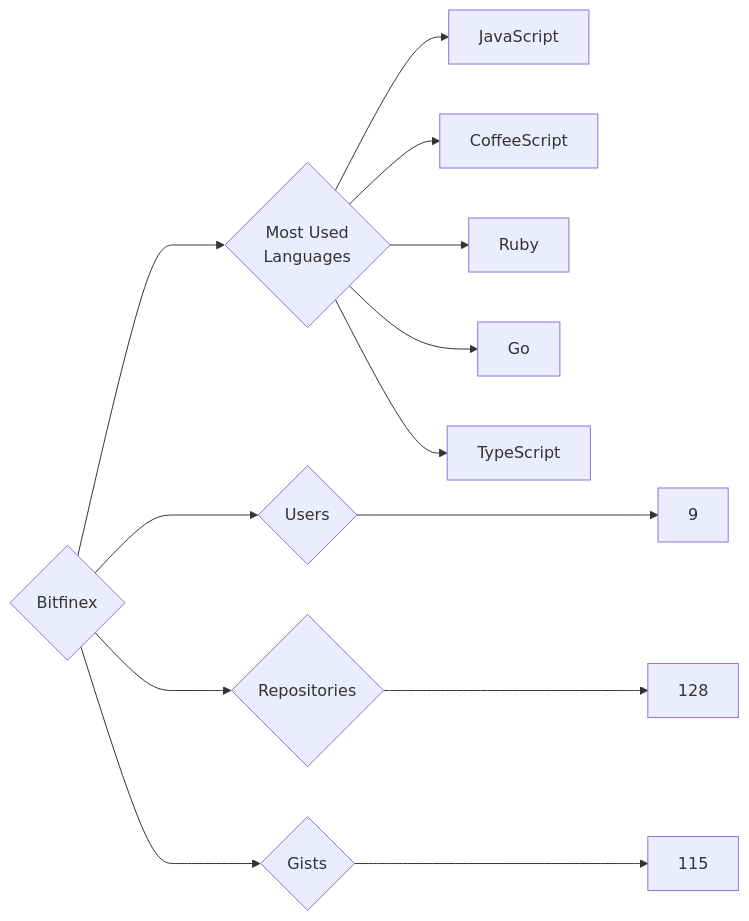
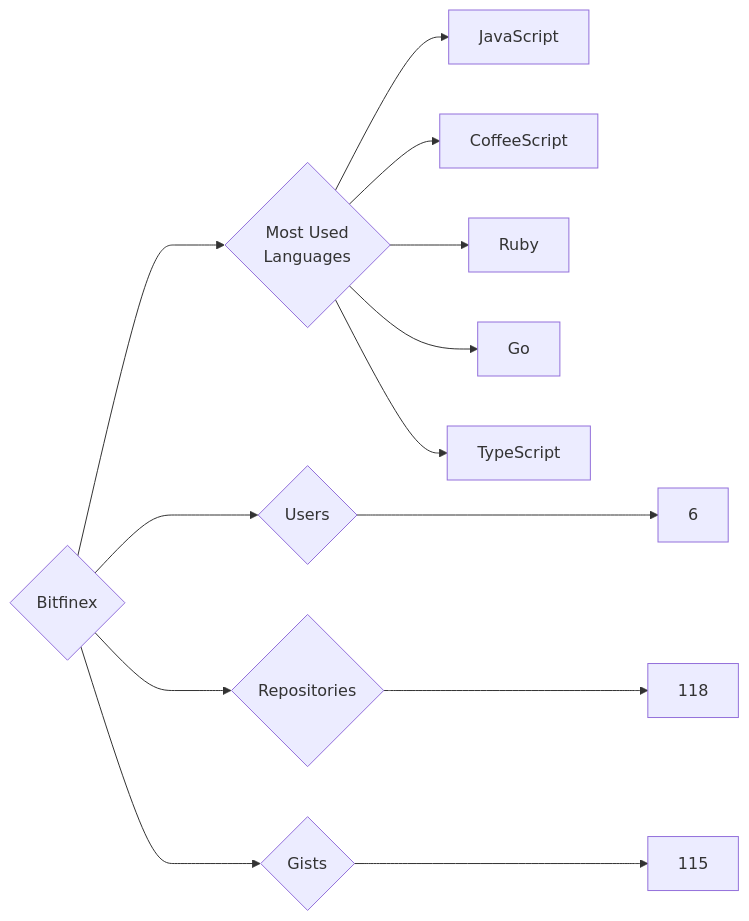
Before and after one commit to trickest/insiders: the diagram in targets/Bitfinex/README.md, drawn with Mermaid. The commit also changed 783 other files, not shown here.

````diff
--- a/targets/Bitfinex/README.md
+++ b/targets/Bitfinex/README.md
@@ -3,13 +3,13 @@
 ```mermaid
 graph LR
 COMPANY_NAME{Bitfinex}
-COMPANY_NAME ---> U{Users} ---> UN[9]
-COMPANY_NAME ---> R{Repositories} ---> RN[128]
+COMPANY_NAME ---> U{Users} ---> UN[6]
+COMPANY_NAME ---> R{Repositories} ---> RN[118]
 COMPANY_NAME ---> G{Gists} ---> GN[115]
 COMPANY_NAME ---> ML{Most Used<br>Languages}
 ML --> JavaScript[JavaScript]
 ML --> CoffeeScript[CoffeeScript]
 ML --> Ruby[Ruby]
 ML --> Go[Go]
 ML --> TypeScript[TypeScript]
 ```
````
